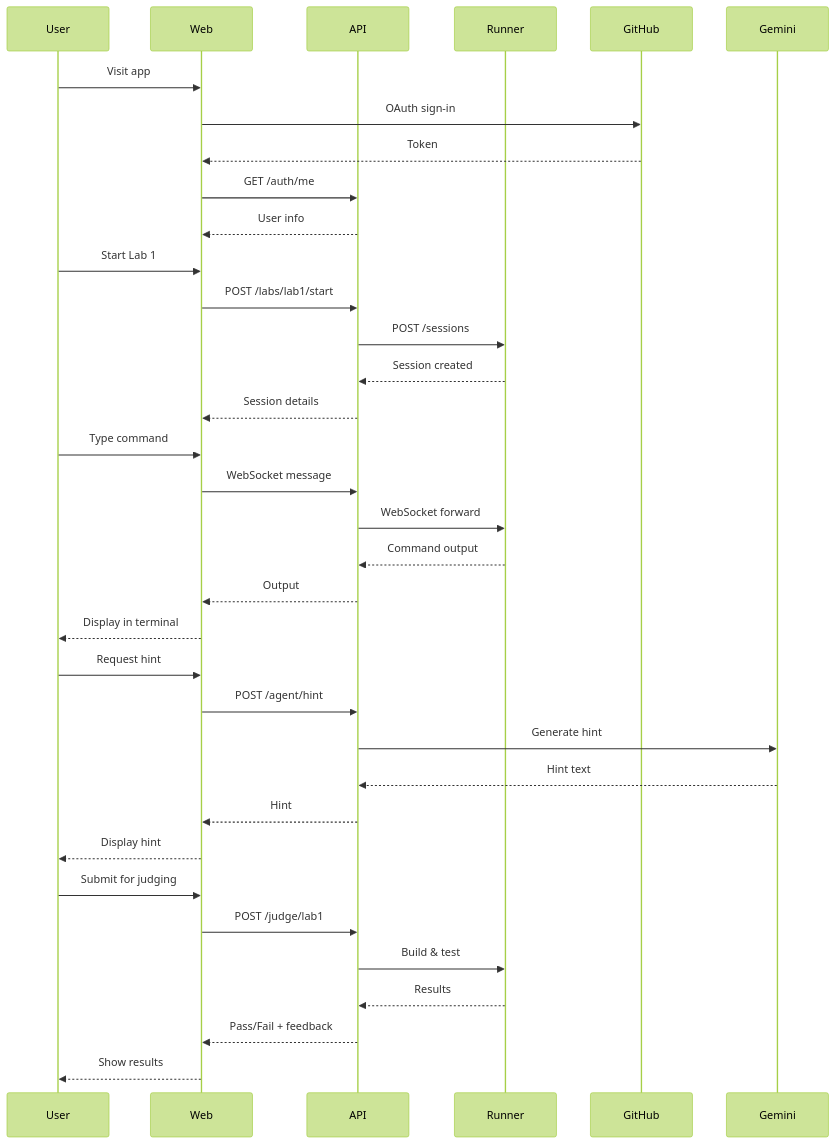
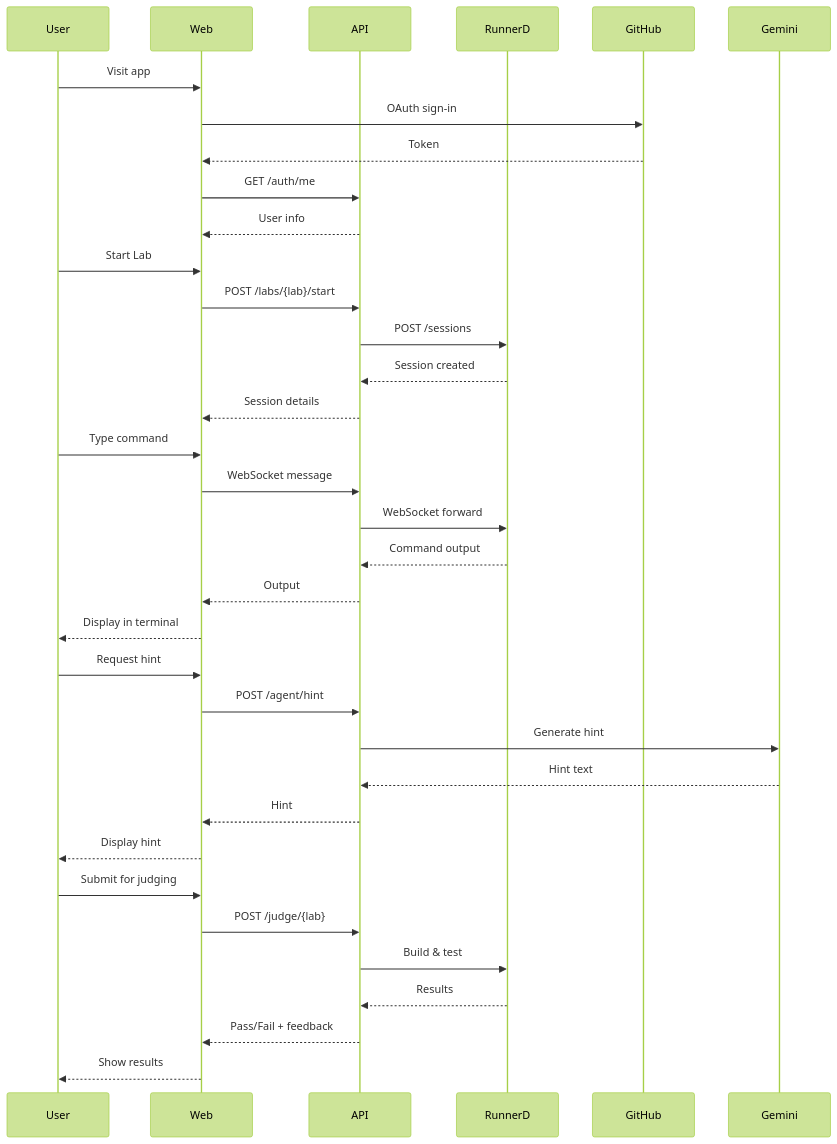
One commit to sanjayb-28/ContainrLab changed the third of 5 diagrams in docs/ARCHITECTURE.md. Above: the diagram before and after it, drawn with Mermaid (forest theme). The commit also changed other lines of this file and 16 other files, not shown here.

````diff
--- a/docs/ARCHITECTURE.md
+++ b/docs/ARCHITECTURE.md
@@ -262,42 +218,42 @@
 ```mermaid
 sequenceDiagram
     participant U as User
     participant W as Web
     participant A as API
-    participant R as Runner
+    participant R as RunnerD
     participant G as GitHub
     participant AI as Gemini
 
     U->>W: Visit app
     W->>G: OAuth sign-in
     G-->>W: Token
     W->>A: GET /auth/me
     A-->>W: User info
     
-    U->>W: Start Lab 1
-    W->>A: POST /labs/lab1/start
+    U->>W: Start Lab
+    W->>A: POST /labs/{lab}/start
     A->>R: POST /sessions
     R-->>A: Session created
     A-->>W: Session details
     
     U->>W: Type command
     W->>A: WebSocket message
     A->>R: WebSocket forward
     R-->>A: Command output
     A-->>W: Output
     W-->>U: Display in terminal
     
     U->>W: Request hint
     W->>A: POST /agent/hint
     A->>AI: Generate hint
     AI-->>A: Hint text
     A-->>W: Hint
     W-->>U: Display hint
     
     U->>W: Submit for judging
-    W->>A: POST /judge/lab1
+    W->>A: POST /judge/{lab}
     A->>R: Build & test
     R-->>A: Results
     A-->>W: Pass/Fail + feedback
     W-->>U: Show results
 ```
````
